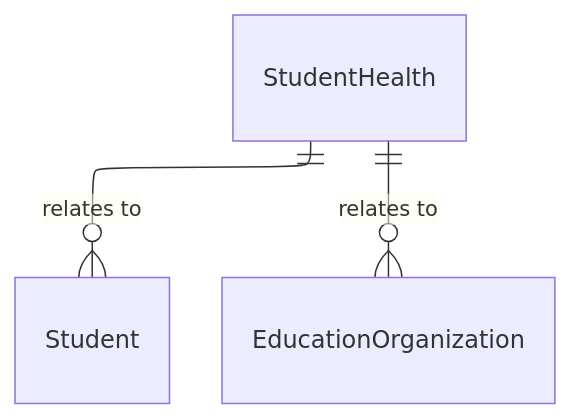
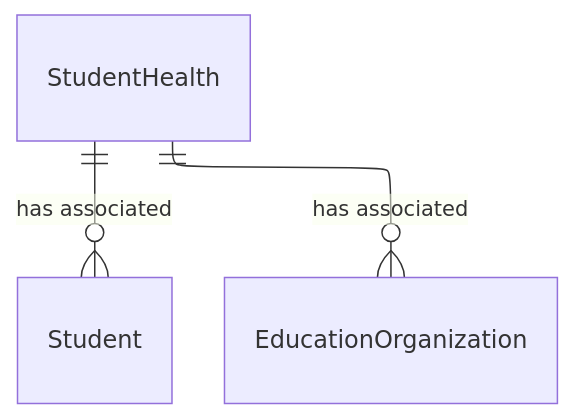
One commit to Ed-Fi-Alliance-OSS/ed-fi-alliance-oss.github.io changed the diagram in dataStandard_versioned_docs/version-6/model-reference/student-health-domain/model-diagrams.md. Above: the diagram before and after it, drawn with Mermaid. The commit also changed 24 other files, not shown here.

````diff
--- a/dataStandard_versioned_docs/version-6/model-reference/student-health-domain/model-diagrams.md
+++ b/dataStandard_versioned_docs/version-6/model-reference/student-health-domain/model-diagrams.md
@@ -34,15 +34,15 @@
 ```mermaid
 ---
 config:
   layout: elk
 ---
 erDiagram
     Student {
     }
     StudentHealth {
     }
     EducationOrganization {
     }
-    StudentHealth ||--o{ Student : "relates to"
-    StudentHealth ||--o{ EducationOrganization : "relates to"
+    StudentHealth ||--o{ Student : "has associated"
+    StudentHealth ||--o{ EducationOrganization : "has associated"
 ```
````
